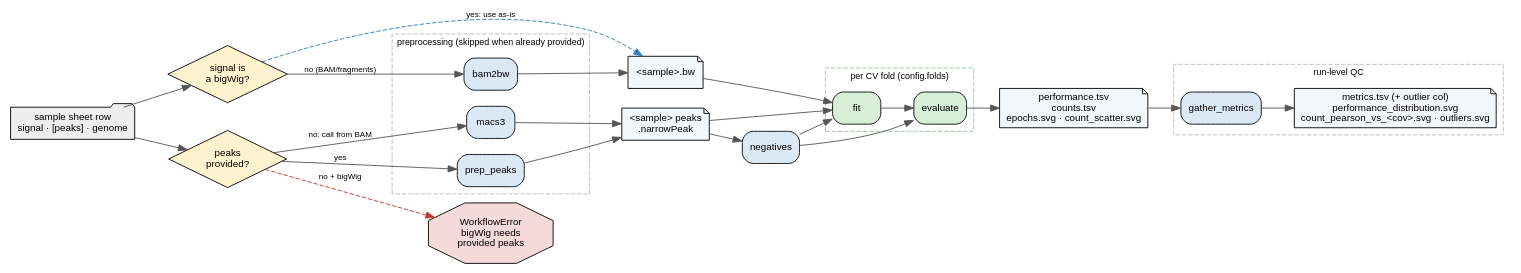
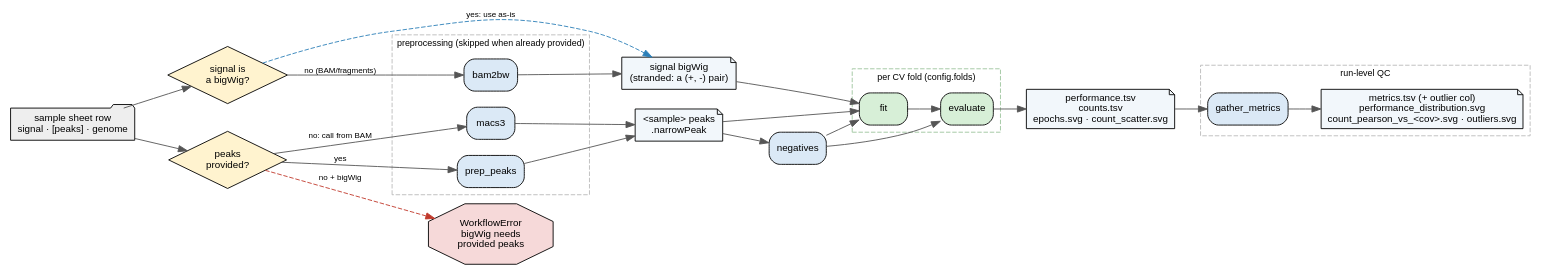
One commit to ramirc0/cherimoya-smk changed the diagram in docs/run-paths.dot. Above: the diagram before and after it, drawn with Graphviz. The commit also changed 4 other files, not shown here.

First line of the commit message:
Accept a pre-built (+, -) bigWig pair in a stranded run

```diff
--- a/docs/run-paths.dot
+++ b/docs/run-paths.dot
@@ -1,76 +1,77 @@
 // How a sample flows through the pipeline, given what its sample-sheet row
 // provides. Render: dot -Tsvg docs/run-paths.dot -o docs/run-paths.svg
 digraph run_paths {
     rankdir=LR;
     bgcolor="white";
     node [fontname="Arial", fontsize=11, margin="0.12,0.06"];
     edge [fontname="Arial", fontsize=9, color="#555555"];
 
     sheet [shape=folder, fillcolor="#eeeeee", style=filled,
            label="sample sheet row\nsignal · [peaks] · genome"];
 
     // --- input decisions ------------------------------------------------
     q_sig   [shape=diamond, style=filled, fillcolor="#fff3cf",
              label="signal is\na bigWig?"];
     q_peaks [shape=diamond, style=filled, fillcolor="#fff3cf",
              label="peaks\nprovided?"];
 
     // --- preprocessing (per sample, fold-agnostic) ----------------------
     subgraph cluster_pre {
         label="preprocessing (skipped when already provided)";
         fontname="Arial"; fontsize=10; color="#bbbbbb"; style=dashed;
         bam2bw [shape=box, style="filled,rounded", fillcolor="#dbe9f6", label="bam2bw"];
         macs3  [shape=box, style="filled,rounded", fillcolor="#dbe9f6", label="macs3"];
         prep   [shape=box, style="filled,rounded", fillcolor="#dbe9f6", label="prep_peaks"];
     }
 
-    bw    [shape=note, fillcolor="#f2f7fb", style=filled, label="<sample>.bw"];
+    bw    [shape=note, fillcolor="#f2f7fb", style=filled,
+           label="signal bigWig\n(stranded: a (+, -) pair)"];
     peaks [shape=note, fillcolor="#f2f7fb", style=filled, label="<sample> peaks\n.narrowPeak"];
     err   [shape=octagon, style=filled, fillcolor="#f6d9d9",
            label="WorkflowError\nbigWig needs\nprovided peaks"];
 
     // --- shared core (per CV fold) --------------------------------------
     neg [shape=box, style="filled,rounded", fillcolor="#dbe9f6", label="negatives"];
     subgraph cluster_fold {
         label="per CV fold (config.folds)";
         fontname="Arial"; fontsize=10; color="#9ec59e"; style=dashed;
         fit  [shape=box, style="filled,rounded", fillcolor="#d7efd7", label="fit"];
         evaluate [shape=box, style="filled,rounded", fillcolor="#d7efd7", label="evaluate"];
     }
     perf [shape=note, fillcolor="#f2f7fb", style=filled,
           label="performance.tsv\ncounts.tsv\nepochs.svg · count_scatter.svg"];
 
     // --- run-level QC ---------------------------------------------------
     subgraph cluster_qc {
         label="run-level QC";
         fontname="Arial"; fontsize=10; color="#bbbbbb"; style=dashed;
         gather [shape=box, style="filled,rounded", fillcolor="#dbe9f6", label="gather_metrics"];
         qc [shape=note, fillcolor="#f2f7fb", style=filled,
             label="metrics.tsv (+ outlier col)\nperformance_distribution.svg\ncount_pearson_vs_<cov>.svg · outliers.svg"];
     }
 
     // signal branch
     sheet -> q_sig;
     q_sig -> bam2bw [label="no (BAM/fragments)"];
     bam2bw -> bw;
     q_sig -> bw [label="yes: use as-is", style=dashed, color="#2c7fb8"];
 
     // peaks branch
     sheet -> q_peaks;
     q_peaks -> prep  [label="yes"];
     prep -> peaks;
     q_peaks -> macs3 [label="no: call from BAM"];
     macs3 -> peaks;
     q_peaks -> err   [label="no + bigWig", style=dashed, color="#c0392b"];
 
     // convergence + core
     peaks -> neg;
     bw -> fit;
     peaks -> fit;
     neg -> fit;
     neg -> evaluate;
     fit -> evaluate -> perf;
     perf -> gather -> qc;
 
     { rank=same; bw; peaks; }
 }
```
